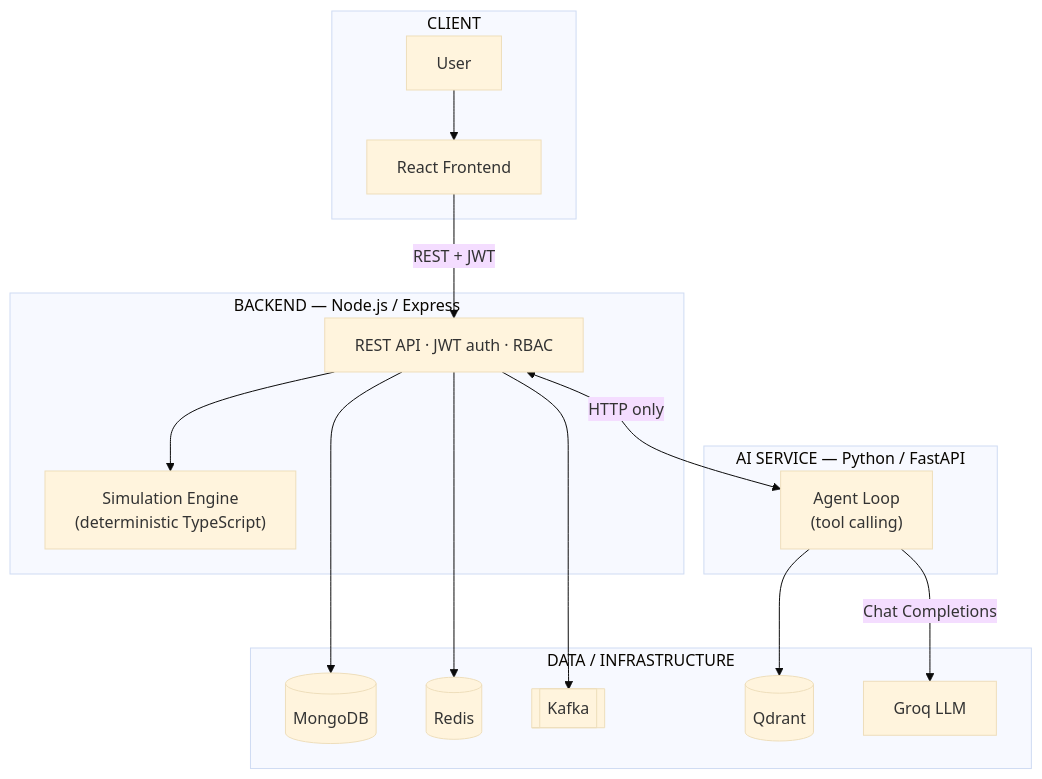
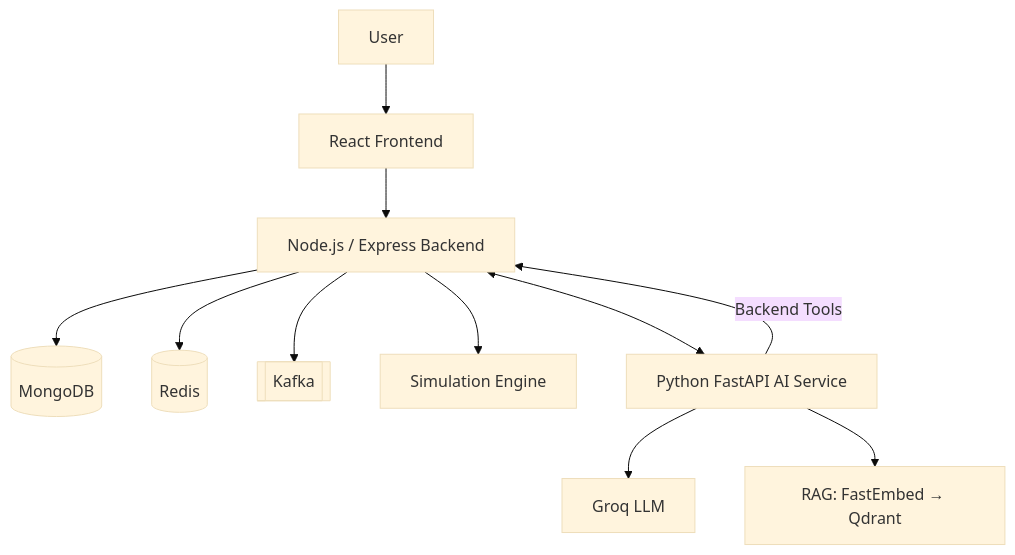
Before and after one commit to Ritikamuruganandam06/AI-digital-twin: the diagram in Claude outputs/README.md, drawn with Mermaid (base theme). The commit also changed other lines of this file and 3 other files, not shown here.

````diff
--- a/Claude outputs/README.md
+++ b/Claude outputs/README.md
@@ -34,32 +9,13 @@
 ```mermaid
-flowchart TB
-    subgraph CLIENT["CLIENT"]
-        U["User"] --> FE["React Frontend"]
-    end
-
-    subgraph BACKEND["BACKEND — Node.js / Express"]
-        BE["REST API · JWT auth · RBAC"]
-        SIM["Simulation Engine\n(deterministic TypeScript)"]
-    end
-
-    subgraph AI["AI SERVICE — Python / FastAPI"]
-        AGENT["Agent Loop\n(tool calling)"]
-    end
-
-    subgraph DATA["DATA / INFRASTRUCTURE"]
-        MDB[("MongoDB")]
-        RDS[("Redis")]
-        KFK[["Kafka"]]
-        QD[("Qdrant")]
-        GROQ["Groq LLM"]
-    end
-
-    FE -->|"REST + JWT"| BE
-    BE --> MDB
-    BE --> RDS
-    BE --> KFK
-    BE --> SIM
-    BE <-->|"HTTP only"| AGENT
-    AGENT -->|"Chat Completions"| GROQ
-    AGENT --> QD
+flowchart TD
+    U[User] --> FE[React Frontend]
+    FE --> BE[Node.js / Express Backend]
+    BE --> MDB[(MongoDB)]
+    BE --> RDS[(Redis)]
+    BE --> KFK[[Kafka]]
+    BE --> SIM[Simulation Engine]
+    BE <--> AI[Python FastAPI AI Service]
+    AI --> GROQ[Groq LLM]
+    AI -->|Backend Tools| BE
+    AI --> RAG["RAG: FastEmbed → Qdrant"]
 ```
````
